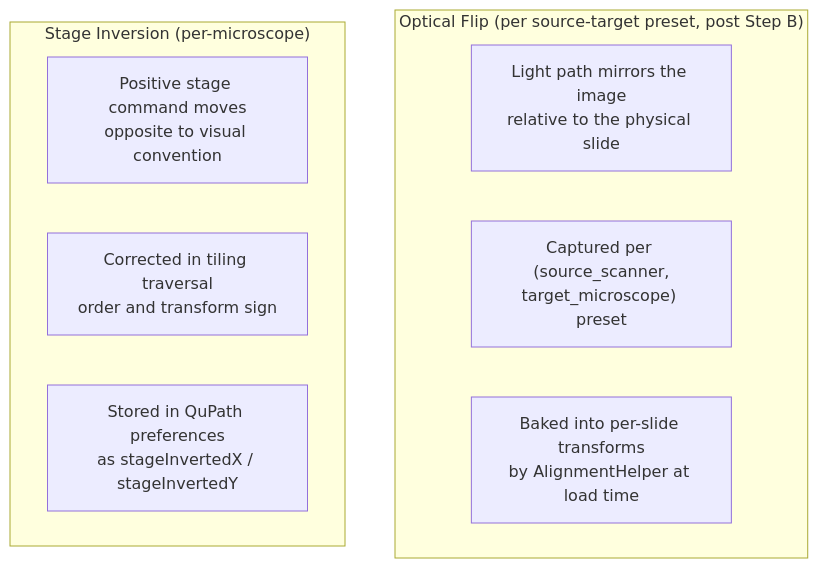
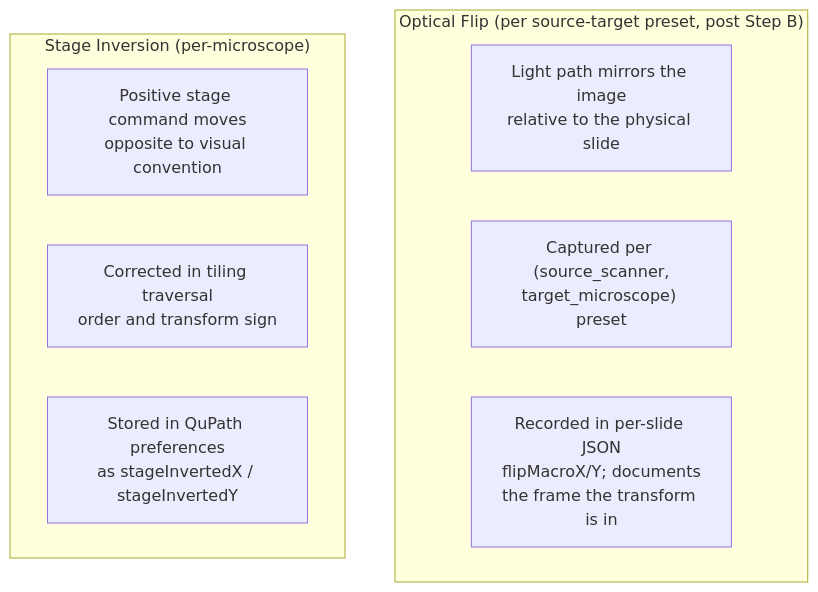
Before and after one commit to uw-loci/qupath-extension-qpsc: the second of 4 diagrams in documentation/developer/COORDINATE_TRANSFORMS.md, drawn with Mermaid. The commit also changed other lines of this file, not shown here.

First line of the commit message:
docs(coordinate-transforms): per-slide transform is loaded as-is, no flip bake

````diff
--- a/documentation/developer/COORDINATE_TRANSFORMS.md
+++ b/documentation/developer/COORDINATE_TRANSFORMS.md
@@ -140,14 +127,14 @@
 ```mermaid
 graph TB
     subgraph "Optical Flip (per source-target preset, post Step B)"
         F["Light path mirrors the image<br/>relative to the physical slide"]
         F1["Captured per (source_scanner,<br/>target_microscope) preset"]
-        F2["Baked into per-slide transforms<br/>by AlignmentHelper at load time"]
+        F2["Recorded in per-slide JSON<br/>flipMacroX/Y; documents<br/>the frame the transform is in"]
     end
 
     subgraph "Stage Inversion (per-microscope)"
         I["Positive stage command moves<br/>opposite to visual convention"]
         I1["Corrected in tiling traversal<br/>order and transform sign"]
         I2["Stored in QuPath preferences<br/>as stageInvertedX / stageInvertedY"]
     end
 ```
````
